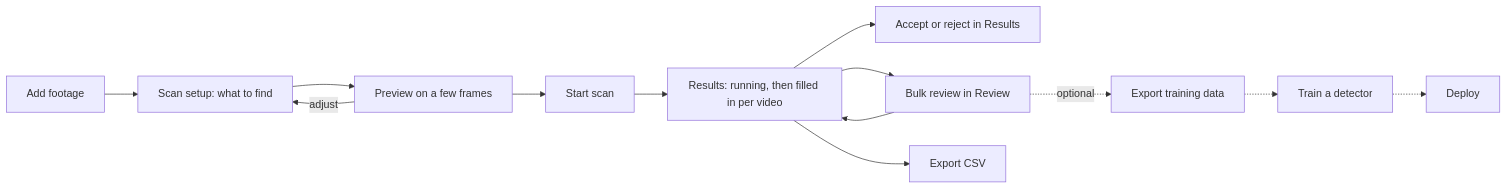
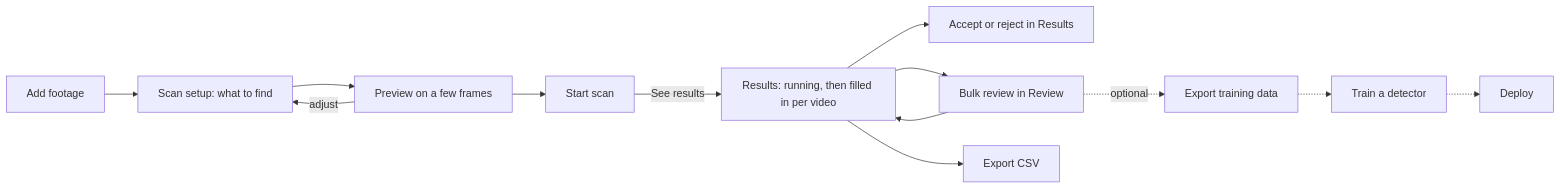
One commit to oldhero5/waldo changed the diagram in docs/plans/2026-10-31-ui-redesign.md. Above: the diagram before and after it, drawn with Mermaid. The commit also changed other lines of this file, not shown here.

````diff
--- a/docs/plans/2026-10-31-ui-redesign.md
+++ b/docs/plans/2026-10-31-ui-redesign.md
@@ -228,15 +235,15 @@
 ```mermaid
 flowchart LR
     A[Add footage] --> B[Scan setup: what to find]
     B --> C[Preview on a few frames]
     C -->|adjust| B
     C --> D[Start scan]
-    D --> E[Results: running, then filled in per video]
+    D -->|See results| E[Results: running, then filled in per video]
     E --> F[Accept or reject in Results]
     E --> G[Bulk review in Review]
     G --> E
     E --> H[Export CSV]
     G -.optional.-> I[Export training data]
     I -.-> J[Train a detector]
     J -.-> K[Deploy]
 ```
````
